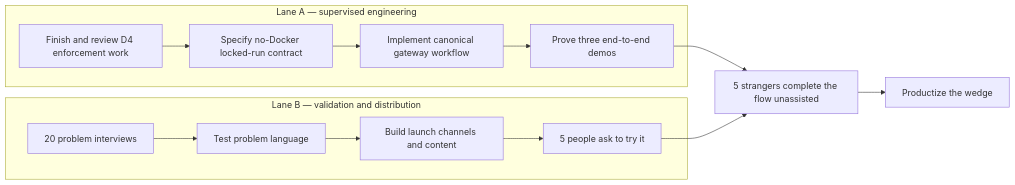
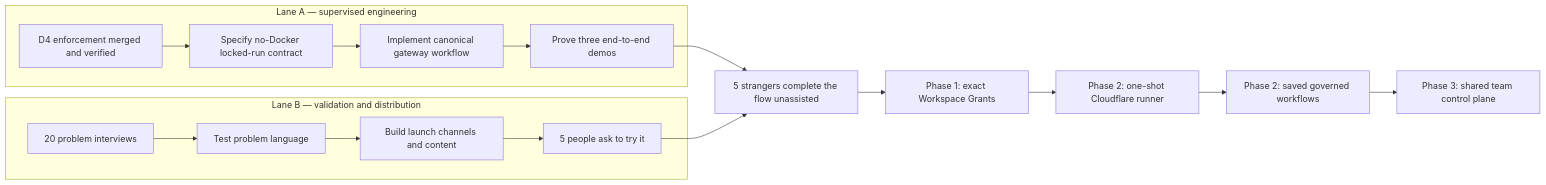
Before and after one commit to Tarekkharsa/agentstack: the fourth of 4 diagrams in STRATEGY.md, drawn with Mermaid. The commit also changed other lines of this file and 30 other files, not shown here.

````diff
--- a/STRATEGY.md
+++ b/STRATEGY.md
@@ -240,22 +265,25 @@
 ```mermaid
 flowchart LR
     subgraph A["Lane A — supervised engineering"]
-        D4["Finish and review D4 enforcement work"]
+        D4["D4 enforcement merged and verified"]
         Contract["Specify no-Docker locked-run contract"]
         Build["Implement canonical gateway workflow"]
         Demos["Prove three end-to-end demos"]
         D4 --> Contract --> Build --> Demos
     end
 
     subgraph B["Lane B — validation and distribution"]
         Interviews["20 problem interviews"]
         Message["Test problem language"]
         Channels["Build launch channels and content"]
         Intent["5 people ask to try it"]
         Interviews --> Message --> Channels --> Intent
     end
 
     Demos --> Activation["5 strangers complete the flow unassisted"]
     Intent --> Activation
-    Activation --> Productize["Productize the wedge"]
+    Activation --> Grants["Phase 1: exact Workspace Grants"]
+    Grants --> Cloud["Phase 2: one-shot Cloudflare runner"]
+    Cloud --> Workflows["Phase 2: saved governed workflows"]
+    Workflows --> Productize["Phase 3: shared team control plane"]
 ```
````
